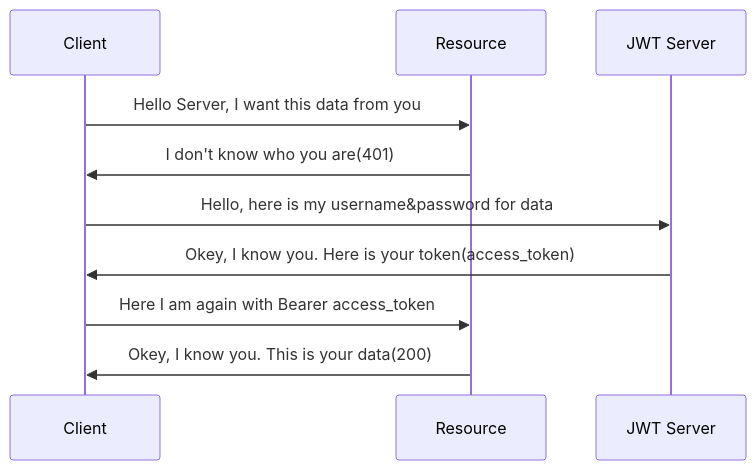
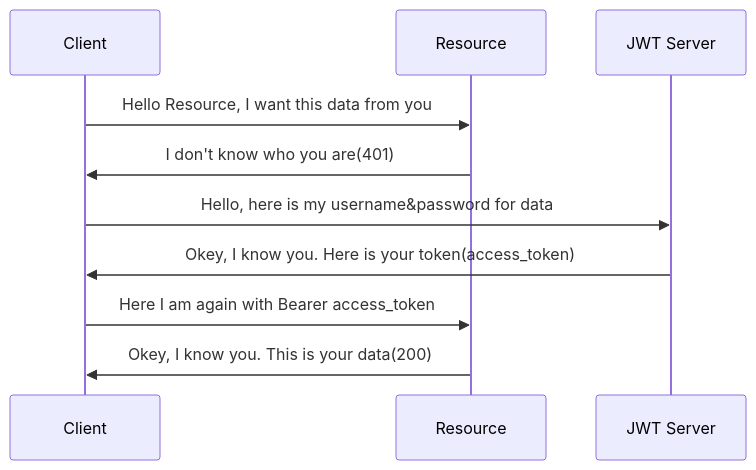
The diagram in README.md (mfarkan/ktor-jwt-api), drawn with Mermaid before and after one commit. The commit also changed other lines of this file, not shown here.

````diff
--- a/README.md
+++ b/README.md
@@ -15,9 +16,9 @@
 ```mermaid
 sequenceDiagram
-Client ->> Resource: Hello Server, I want this data from you
+Client ->> Resource: Hello Resource, I want this data from you
 Resource ->> Client: I don't know who you are(401)
 Client ->> JWT Server: Hello, here is my username&password for data
 JWT Server ->> Client: Okey, I know you. Here is your token(access_token)
 Client ->> Resource: Here I am again with Bearer access_token
 Resource ->> Client: Okey, I know you. This is your data(200)
 ```
````
